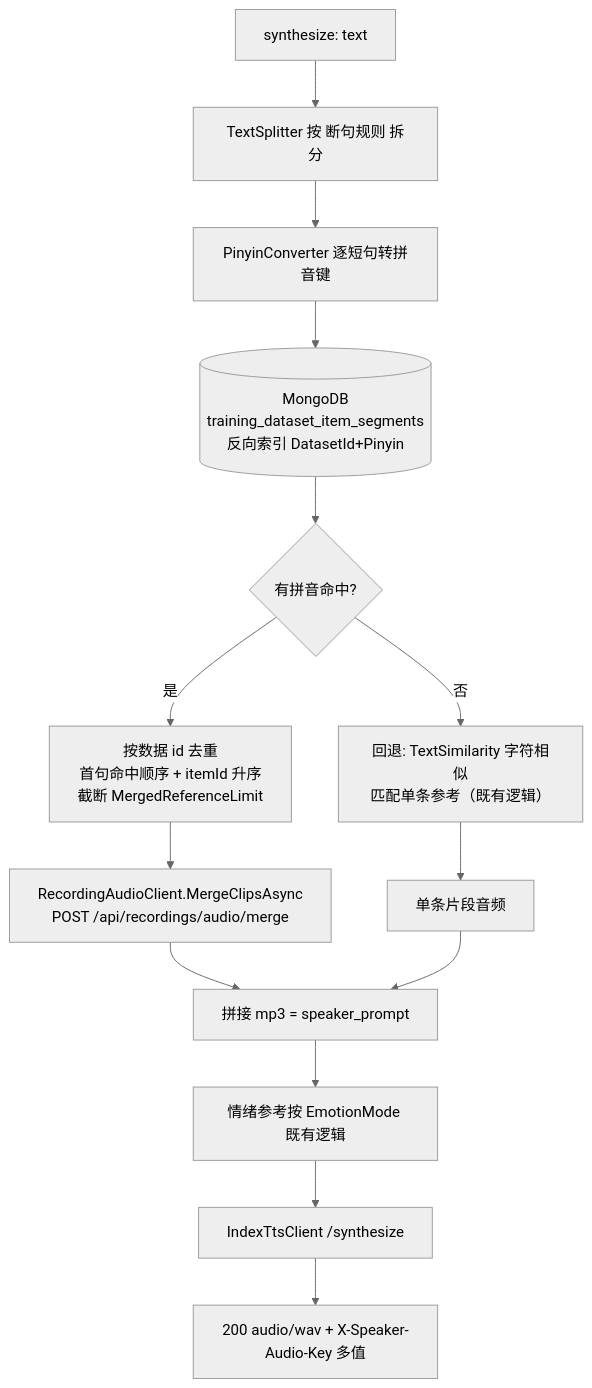
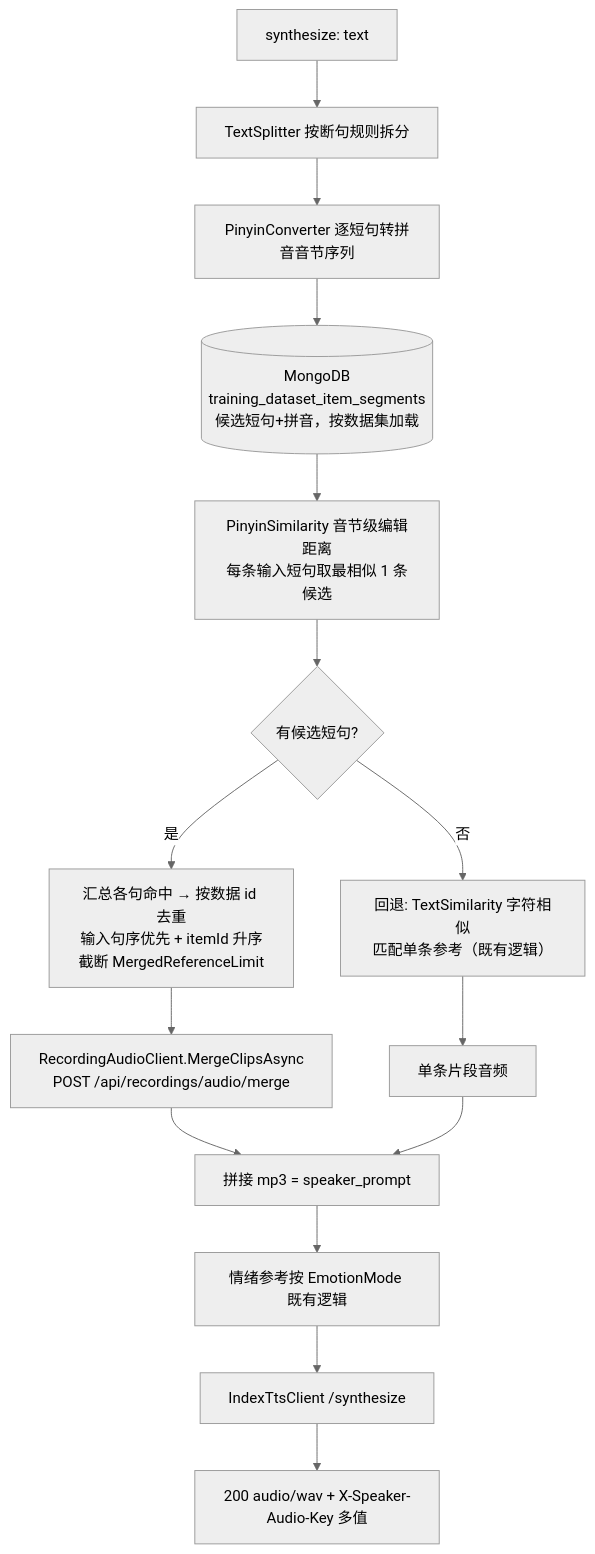
The first of 3 diagrams in docs/engineering/proposals/20261001-proposal-training-synthesize-pinyin-match.md (Deliay/z-vtuber), drawn with Mermaid (neutral theme) before and after one commit. The commit also changed other lines of this file and 1 other file, not shown here.

Commit message:
docs(training): 按评审意见修订拼音匹配口径为音节级拼音相似度（每句取最相似候选）

````diff
--- a/docs/engineering/proposals/20261001-proposal-training-synthesize-pinyin-match.md
+++ b/docs/engineering/proposals/20261001-proposal-training-synthesize-pinyin-match.md
@@ -43,16 +46,17 @@
 ```mermaid
 flowchart TD
-    A[synthesize: text] --> B[TextSplitter 按 断句规则 拆分]
-    B --> C[PinyinConverter 逐短句转拼音键]
-    C --> D[(MongoDB<br/>training_dataset_item_segments<br/>反向索引 DatasetId+Pinyin)]
-    D --> E{有拼音命中?}
-    E -->|是| F[按数据 id 去重<br/>首句命中顺序 + itemId 升序<br/>截断 MergedReferenceLimit]
-    E -->|否| G[回退: TextSimilarity 字符相似<br/>匹配单条参考（既有逻辑）]
-    F --> H[RecordingAudioClient.MergeClipsAsync<br/>POST /api/recordings/audio/merge]
-    G --> K[单条片段音频]
-    H --> I[拼接 mp3 = speaker_prompt]
-    K --> I
-    I --> J[情绪参考按 EmotionMode 既有逻辑]
-    J --> L[IndexTtsClient /synthesize]
-    L --> M[200 audio/wav + X-Speaker-Audio-Key 多值]
+    A[synthesize: text] --> B[TextSplitter 按断句规则拆分]
+    B --> C[PinyinConverter 逐短句转拼音音节序列]
+    C --> D[(MongoDB<br/>training_dataset_item_segments<br/>候选短句+拼音，按数据集加载)]
+    D --> E[PinyinSimilarity 音节级编辑距离<br/>每条输入短句取最相似 1 条候选]
+    E --> F{有候选短句?}
+    F -->|是| G[汇总各句命中 → 按数据 id 去重<br/>输入句序优先 + itemId 升序<br/>截断 MergedReferenceLimit]
+    F -->|否| H[回退: TextSimilarity 字符相似<br/>匹配单条参考（既有逻辑）]
+    G --> I[RecordingAudioClient.MergeClipsAsync<br/>POST /api/recordings/audio/merge]
+    H --> K[单条片段音频]
+    I --> J[拼接 mp3 = speaker_prompt]
+    K --> J
+    J --> L[情绪参考按 EmotionMode 既有逻辑]
+    L --> M[IndexTtsClient /synthesize]
+    M --> N[200 audio/wav + X-Speaker-Audio-Key 多值]
 ```
````
